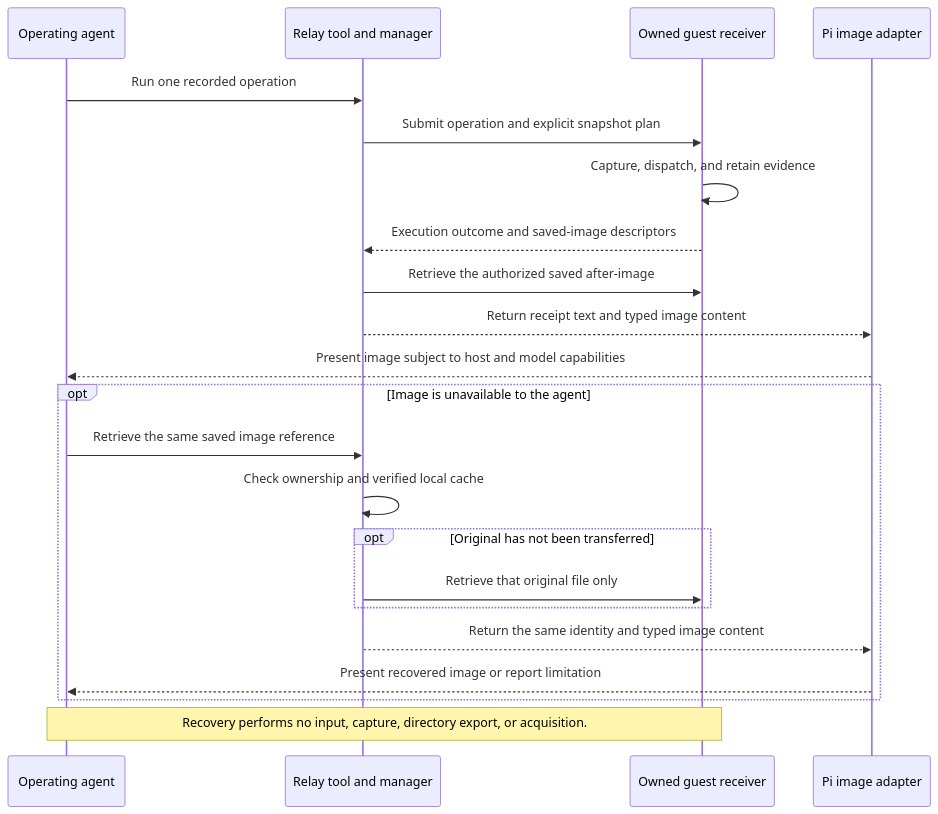
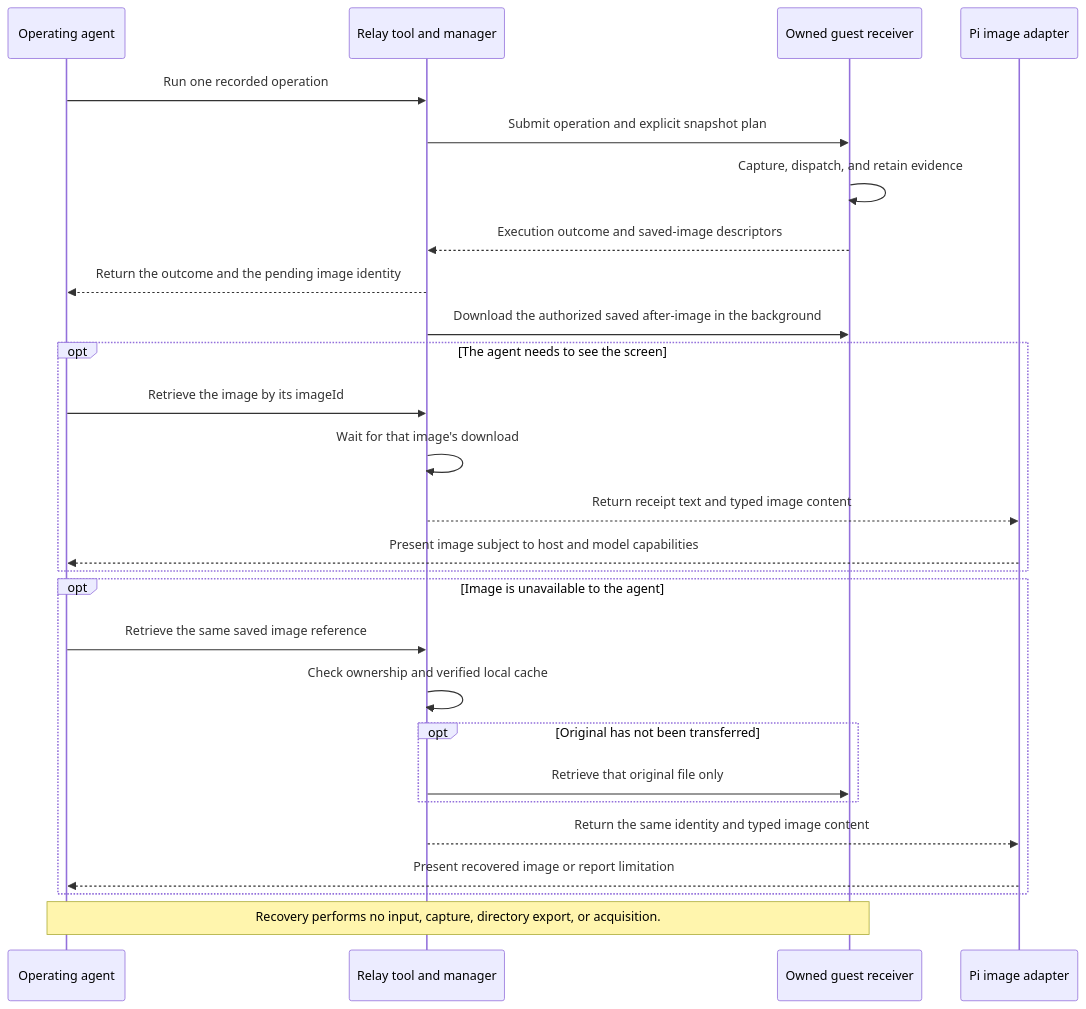
The diagram in docs/screenshot-delivery.md (WeZZard/mcp-vm-relay), drawn with Mermaid before and after one commit. The commit also changed other lines of this file and 18 other files, not shown here.

First line of the commit message:
feat!: download after-images in the background

````diff
--- a/docs/screenshot-delivery.md
+++ b/docs/screenshot-delivery.md
@@ -27,24 +28,29 @@
 ```mermaid
 sequenceDiagram
     participant Agent as Operating agent
     participant Relay as Relay tool and manager
     participant Guest as Owned guest receiver
     participant Host as Pi image adapter
     Agent->>Relay: Run one recorded operation
     Relay->>Guest: Submit operation and explicit snapshot plan
     Guest->>Guest: Capture, dispatch, and retain evidence
     Guest-->>Relay: Execution outcome and saved-image descriptors
-    Relay->>Guest: Retrieve the authorized saved after-image
-    Relay-->>Host: Return receipt text and typed image content
-    Host-->>Agent: Present image subject to host and model capabilities
+    Relay-->>Agent: Return the outcome and the pending image identity
+    Relay->>Guest: Download the authorized saved after-image in the background
+    opt The agent needs to see the screen
+        Agent->>Relay: Retrieve the image by its imageId
+        Relay->>Relay: Wait for that image's download
+        Relay-->>Host: Return receipt text and typed image content
+        Host-->>Agent: Present image subject to host and model capabilities
+    end
     opt Image is unavailable to the agent
         Agent->>Relay: Retrieve the same saved image reference
         Relay->>Relay: Check ownership and verified local cache
         opt Original has not been transferred
             Relay->>Guest: Retrieve that original file only
         end
         Relay-->>Host: Return the same identity and typed image content
         Host-->>Agent: Present recovered image or report limitation
     end
     Note over Agent,Guest: Recovery performs no input, capture, directory export, or acquisition.
 ```
````
